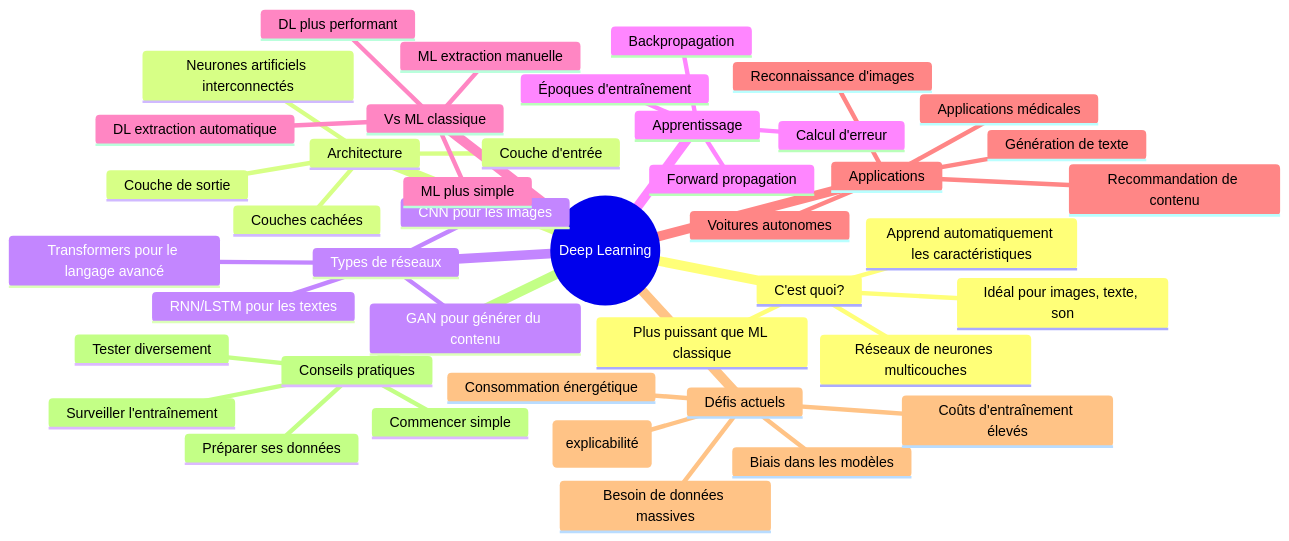
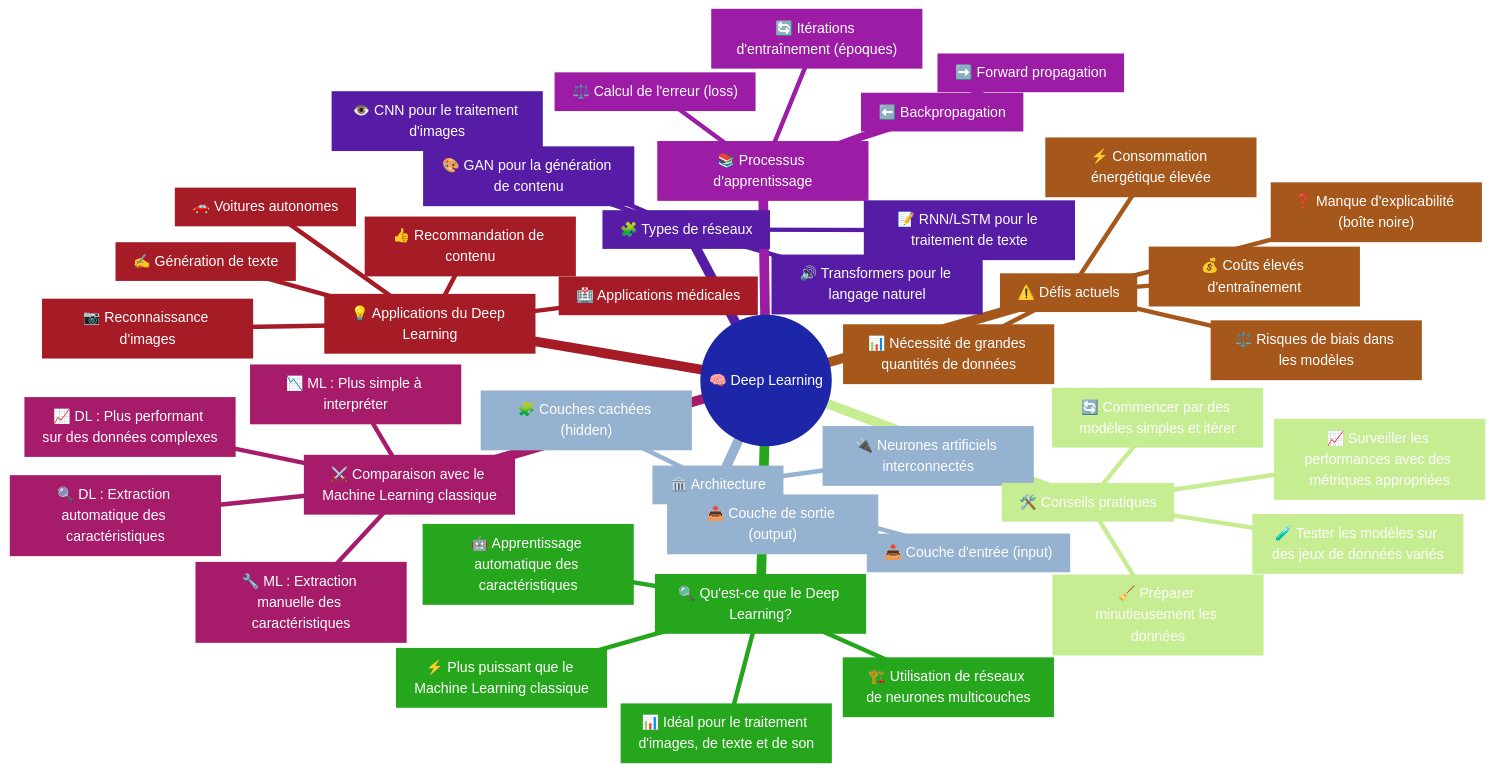
One commit to ggaillard/Atelier-deeplearning changed the diagram in docs/module1/ressources/synthese-visuelle.md. Above: the diagram before and after it, drawn with Mermaid. The commit also changed 2 other files, not shown here.

````diff
--- a/docs/module1/ressources/synthese-visuelle.md
+++ b/docs/module1/ressources/synthese-visuelle.md
@@ -7,53 +7,55 @@
 ```mermaid
+%%{init: {'theme': 'base', 'themeVariables': { 'primaryColor': '#5D67E4', 'primaryTextColor': '#fff', 'primaryBorderColor': '#4150EB', 'lineColor': '#5D67E4', 'tertiaryColor': '#EDF2F7', 'tertiaryBorderColor': '#CCD4E0' }}}%%
 mindmap
-  root((Deep Learning))
-    C'est quoi?
-      Réseaux de neurones multicouches
-      Apprend automatiquement les caractéristiques
-      Idéal pour images, texte, son
-      Plus puissant que ML classique
+  root((🧠 Deep Learning))
+    id1[🔍 Qu'est-ce que le Deep Learning?]
+      id11["🏗️ Utilisation de réseaux de neurones multicouches"]
+      id12["🤖 Apprentissage automatique des caractéristiques"]
+      id13["📊 Idéal pour le traitement d'images, de texte et de son"]
+      id14["⚡ Plus puissant que le Machine Learning classique"]
     
-    Architecture
-      Neurones artificiels interconnectés
-      Couche d'entrée
-      Couches cachées
-      Couche de sortie
+    id2[🏛️ Architecture]
+      id21["🔌 Neurones artificiels interconnectés"]
+      id22["📥 Couche d'entrée (input)"]
+      id23["🧩 Couches cachées (hidden)"]
+      id24["📤 Couche de sortie (output)"]
     
-    Types de réseaux
-      CNN pour les images
-      RNN/LSTM pour les textes
-      Transformers pour le langage avancé
-      GAN pour générer du contenu
+    id3[🧩 Types de réseaux]
+      id31["👁️ CNN pour le traitement d'images"]
+      id32["📝 RNN/LSTM pour le traitement de texte"]
+      id33["🔊 Transformers pour le langage naturel"]
+      id34["🎨 GAN pour la génération de contenu"]
     
-    Apprentissage
-      Forward propagation
-      Calcul d'erreur
-      Backpropagation
-      Époques d'entraînement
+    id4[📚 Processus d'apprentissage]
+      id41["➡️ Forward propagation"]
+      id42["⚖️ Calcul de l'erreur (loss)"]
+      id43["⬅️ Backpropagation"]
+      id44["🔄 Itérations d'entraînement (époques)"]
     
-    Vs ML classique
-      ML extraction manuelle
-      DL extraction automatique
-      ML plus simple
-      DL plus performant
+    id5[⚔️ Comparaison avec le Machine Learning classique]
+      id51["🔧 ML : Extraction manuelle des caractéristiques"]
+      id52["🔍 DL : Extraction automatique des caractéristiques"]
+      id53["📉 ML : Plus simple à interpréter"]
+      id54["📈 DL : Plus performant sur des données complexes"]
     
-    Applications
-      Reconnaissance d'images
-      Génération de texte
-      Recommandation de contenu
-      Voitures autonomes
-      Applications médicales
+    id6[💡 Applications du Deep Learning]
+      id61["📷 Reconnaissance d'images"]
+      id62["✍️ Génération de texte"]
+      id63["👍 Recommandation de contenu"]
+      id64["🚗 Voitures autonomes"]
+      id65["🏥 Applications médicales"]
     
-    Défis actuels
-      Besoin de données massives
-      Consommation énergétique
-      Boîte noire (explicabilité)
-      Biais dans les modèles
-      Coûts d'entraînement élevés
+    id7[⚠️ Défis actuels]
+      id71["📊 Nécessité de grandes quantités de données"]
+      id72["⚡ Consommation énergétique élevée"]
+      id73["❓ Manque d'explicabilité (boîte noire)"]
+      id74["⚖️ Risques de biais dans les modèles"]
+      id75["💰 Coûts élevés d'entraînement"]
     
-    Conseils pratiques
-      Commencer simple
-      Préparer ses données
-      Surveiller l'entraînement
-      Tester diversement
+    id8[🛠️ Conseils pratiques]
+      id81["🔄 Commencer par des modèles simples et itérer"]
+      id82["🧹 Préparer minutieusement les données"]
+      id83["📈 Surveiller les performances avec des métriques appropriées"]
+      id84["🧪 Tester les modèles sur des jeux de données variés"]
+
 ```
````
